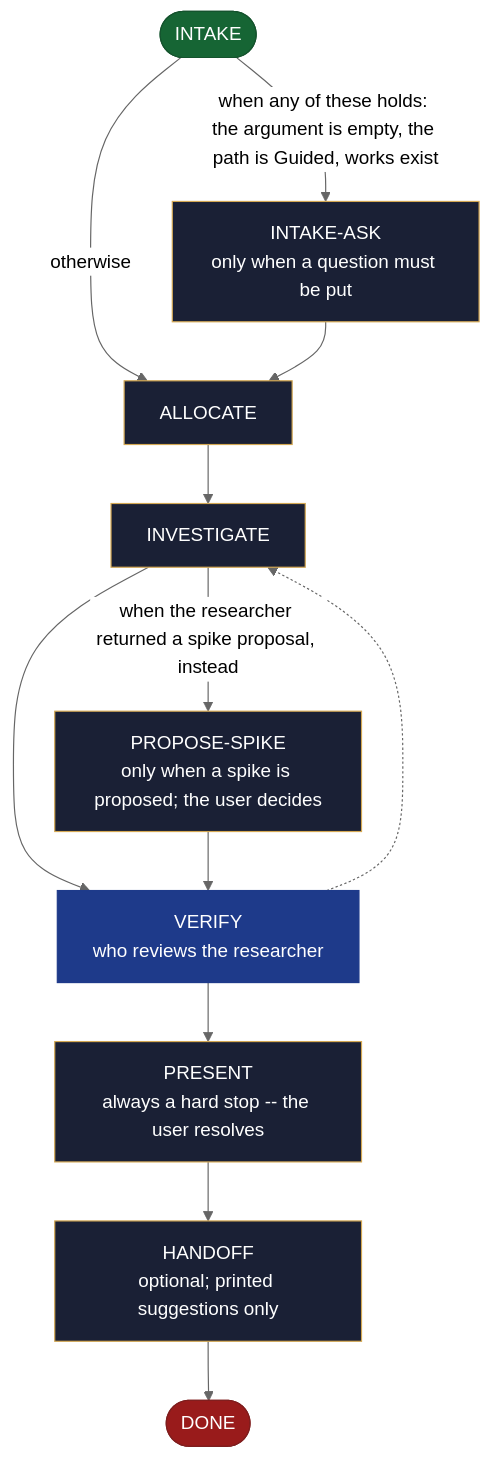
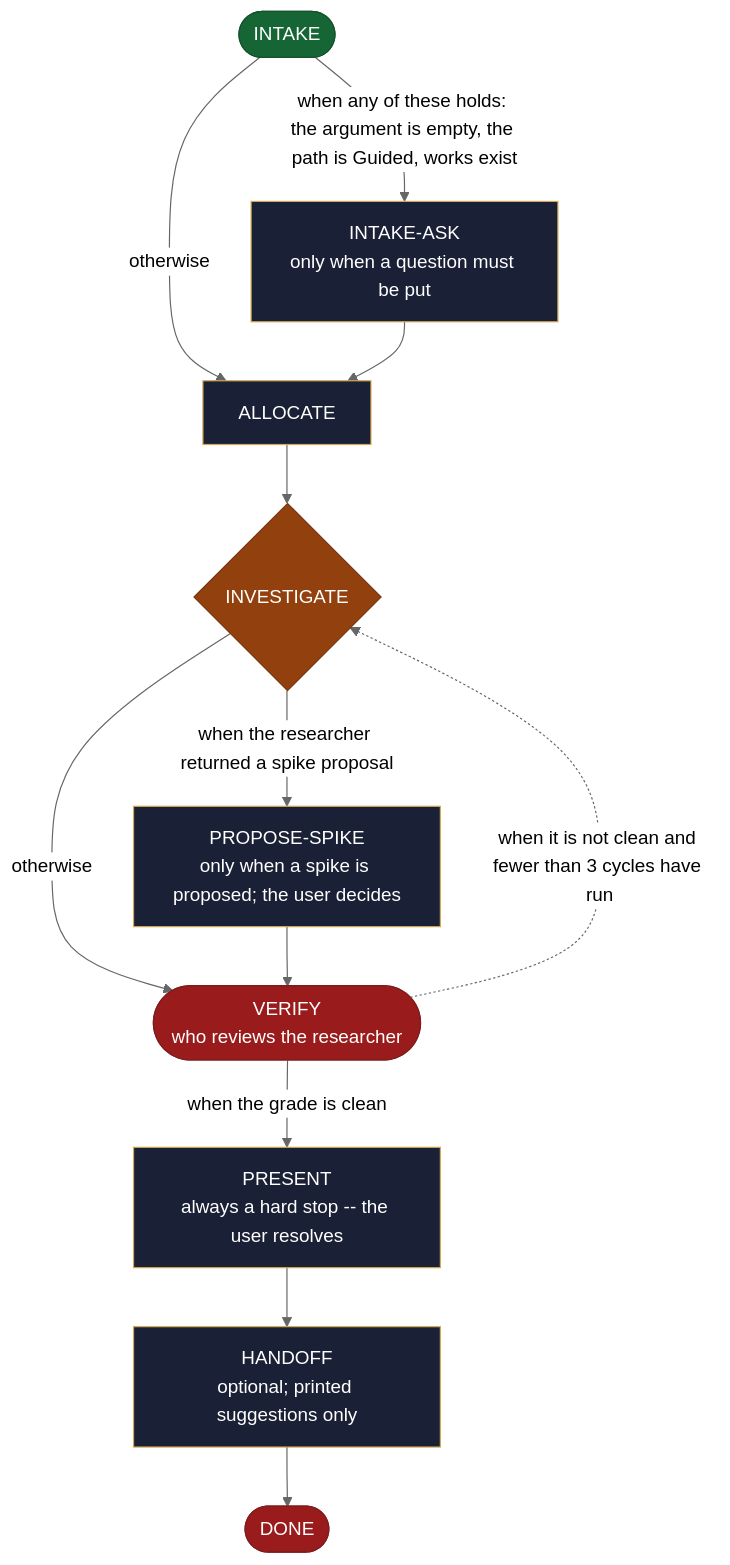
Before and after one commit to AndreVianna/aid-methodology: the diagram in site/src/content/docs/skills/aid-research.md, drawn with Mermaid (neutral theme). The commit also changed other lines of this file and 258 other files, not shown here.

````diff
--- a/site/src/content/docs/skills/aid-research.md
+++ b/site/src/content/docs/skills/aid-research.md
@@ -20,47 +20,47 @@
 ```mermaid
 flowchart TB
   classDef aidNode color:#fff
   classDef aidEntry fill:#166534,stroke:#14532d,color:#fff
   classDef aidExit fill:#991b1b,stroke:#7f1d1d,color:#fff
   classDef aidDecision fill:#92400e,stroke:#78350f,color:#fff
   classDef aidLoopBack fill:#1e3a8a,stroke:#1e3a8a,color:#fff
   classDef aidStep fill:#1a2035,stroke:#d4a853,color:#f1f5f9
   n1(["INTAKE"])
   n2["INTAKE-ASK<br/>only when a question must be put"]
   n3["ALLOCATE"]
-  n4["INVESTIGATE"]
+  n4{"INVESTIGATE"}
   n5["PROPOSE-SPIKE<br/>only when a spike is proposed; the user decides"]
-  n6["VERIFY<br/>who reviews the researcher"]
+  n6(["VERIFY<br/>who reviews the researcher"])
   n7["PRESENT<br/>always a hard stop -- the user resolves"]
   n8["HANDOFF<br/>optional; printed suggestions only"]
   n9(["DONE"])
   n1 -->|"when any of these holds: the argument is empty, the path is Guided, works exist"| n2
   n1 -->|"otherwise"| n3
   n2 --> n3
   n3 --> n4
-  n4 -->|"when the researcher returned a spike proposal, instead"| n5
-  n4 --> n6
+  n4 -->|"when the researcher returned a spike proposal"| n5
+  n4 -->|"otherwise"| n6
   n5 --> n6
-  n6 -.-> n4
-  n6 --> n7
+  n6 -. "when it is not clean and fewer than 3 cycles have run" .-> n4
+  n6 -->|"when the grade is clean"| n7
   n7 --> n8
   n8 --> n9
   class n1 aidEntry
   class n2 aidStep
   class n3 aidStep
-  class n4 aidStep
+  class n4 aidDecision
   class n5 aidStep
-  class n6 aidLoopBack
+  class n6 aidExit
   class n7 aidStep
   class n8 aidStep
   class n9 aidExit
   class n1 aidNode
   class n2 aidNode
   class n3 aidNode
   class n4 aidNode
   class n5 aidNode
   class n6 aidNode
   class n7 aidNode
   class n8 aidNode
   class n9 aidNode
 ```
````
